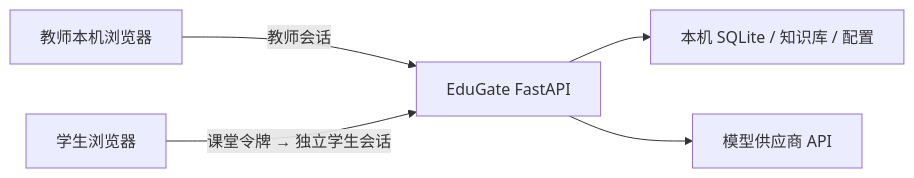
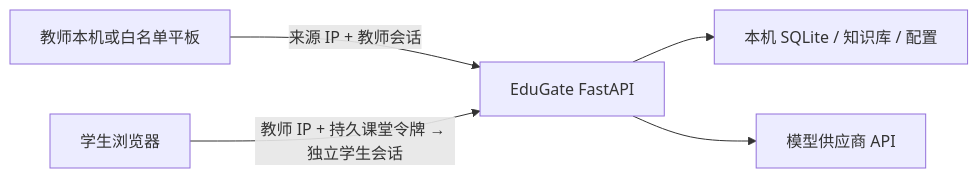
One commit to bd4rex/EduGate-standalone changed the diagram in docs/架构与安全边界.md. Above: the diagram before and after it, drawn with Mermaid. The commit also changed other lines of this file and 19 other files, not shown here.

````diff
--- a/docs/架构与安全边界.md
+++ b/docs/架构与安全边界.md
@@ -7,7 +7,7 @@
 ```mermaid
 flowchart LR
-    T["教师本机浏览器"] -->|"教师会话"| A["EduGate FastAPI"]
-    S["学生浏览器"] -->|"课堂令牌 → 独立学生会话"| A
+    T["教师本机或白名单平板"] -->|"来源 IP + 教师会话"| A["EduGate FastAPI"]
+    S["学生浏览器"] -->|"教师 IP + 持久课堂令牌 → 独立学生会话"| A
     A --> DB["本机 SQLite / 知识库 / 配置"]
     A --> M["模型供应商 API"]
 ```
````
